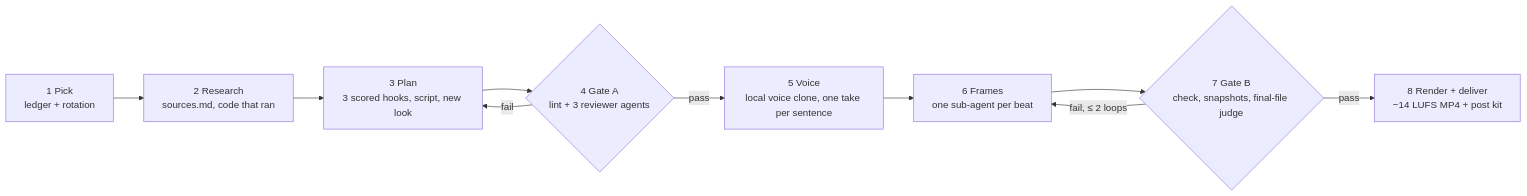
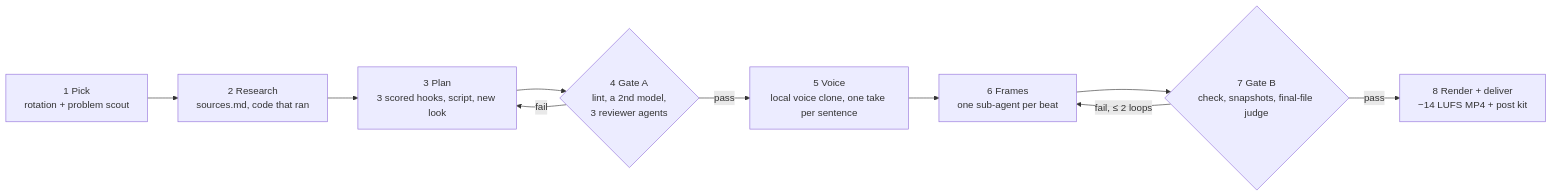
Before and after one commit to aretaslabtech/Skill-youtube: the diagram in README.md, drawn with Mermaid. The commit also changed other lines of this file and 6 other files, not shown here.

First line of the commit message:
1.1.0: problem scout, second opinion, louder voice; README for plugging it in

````diff
--- a/README.md
+++ b/README.md
@@ -48,12 +53,12 @@
 ```mermaid
 flowchart LR
-    A[1 Pick<br/>ledger + rotation] --> B[2 Research<br/>sources.md, code that ran]
+    A[1 Pick<br/>rotation + problem scout] --> B[2 Research<br/>sources.md, code that ran]
     B --> C[3 Plan<br/>3 scored hooks, script, new look]
-    C --> D{4 Gate A<br/>lint + 3 reviewer agents}
+    C --> D{4 Gate A<br/>lint, a 2nd model,<br/>3 reviewer agents}
     D -->|pass| E[5 Voice<br/>local voice clone, one take per sentence]
     D -->|fail| C
     E --> F[6 Frames<br/>one sub-agent per beat]
     F --> G{7 Gate B<br/>check, snapshots, final-file judge}
     G -->|fail, ≤ 2 loops| F
     G -->|pass| H[8 Render + deliver<br/>−14 LUFS MP4 + post kit]
 ```
````
